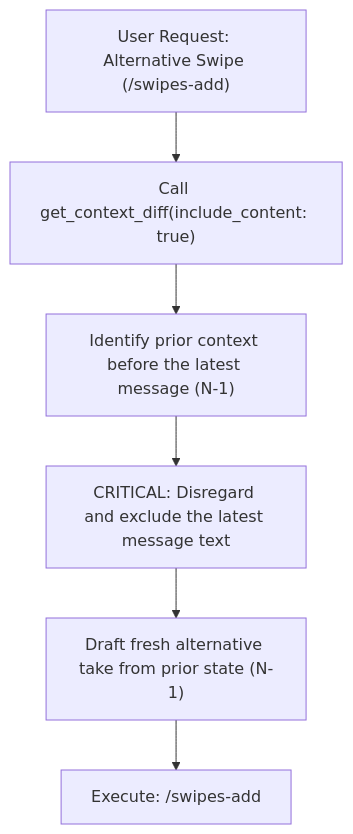
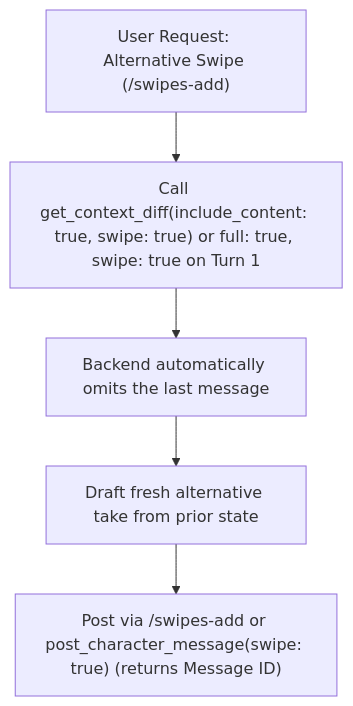
The second of 3 diagrams in .agent/skills/sillytavern-writer/SKILL.md (m-petra-fn/SillyTavern), drawn with Mermaid before and after one commit. The commit also changed other lines of this file and 3 other files, not shown here.

Commit message:
Simplify SKILL.md around get_context_diff, hide hashes by default, add swipe filter, range history, and message ID returns

````diff
--- a/.agent/skills/sillytavern-writer/SKILL.md
+++ b/.agent/skills/sillytavern-writer/SKILL.md
@@ -206,8 +192,7 @@
 ```mermaid
 flowchart TD
-    A["User Request: Alternative Swipe (/swipes-add)"] --> B["Call get_context_diff(include_content: true)"]
-    B --> C["Identify prior context before the latest message (N-1)"]
-    C --> D["CRITICAL: Disregard and exclude the latest message text"]
-    D --> E["Draft fresh alternative take from prior state (N-1)"]
-    E --> F["Execute: /swipes-add <Alternative Text>"]
+    A["User Request: Alternative Swipe (/swipes-add)"] --> B["Call get_context_diff(include_content: true, swipe: true) or full: true, swipe: true on Turn 1"]
+    B --> C["Backend automatically omits the last message"]
+    C --> D["Draft fresh alternative take from prior state"]
+    D --> E["Post via /swipes-add or post_character_message(swipe: true) (returns Message ID)"]
 ```
````
